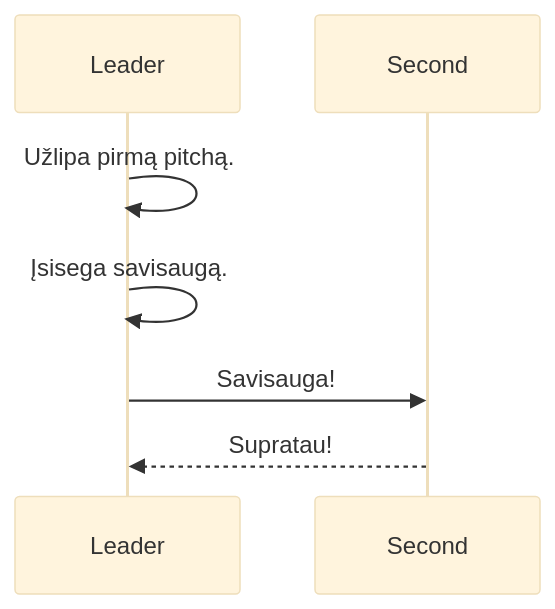
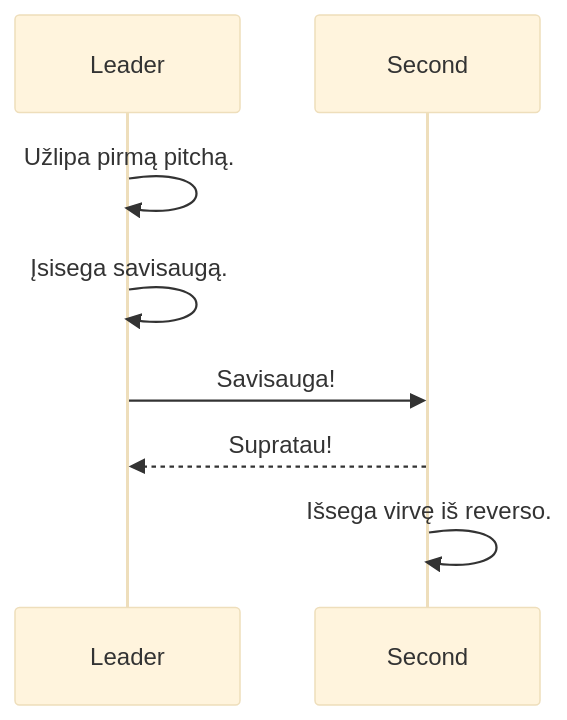
The diagram in README.md (vzurauskas/multipitch), drawn with Mermaid (base theme) before and after one commit. The commit also changed other lines of this file, not shown here.

````diff
--- a/README.md
+++ b/README.md
@@ -4,8 +4,10 @@
 ```mermaid
 sequenceDiagram
     Leader ->> Leader: Užlipa pirmą pitchą.
     Leader ->> Leader: Įsisega savisaugą.
     Leader ->> Second: Savisauga!
     Second -->> Leader: Supratau!
+    Second ->> Second: Išsega virvę iš reverso.
+    
     
 ```
````
